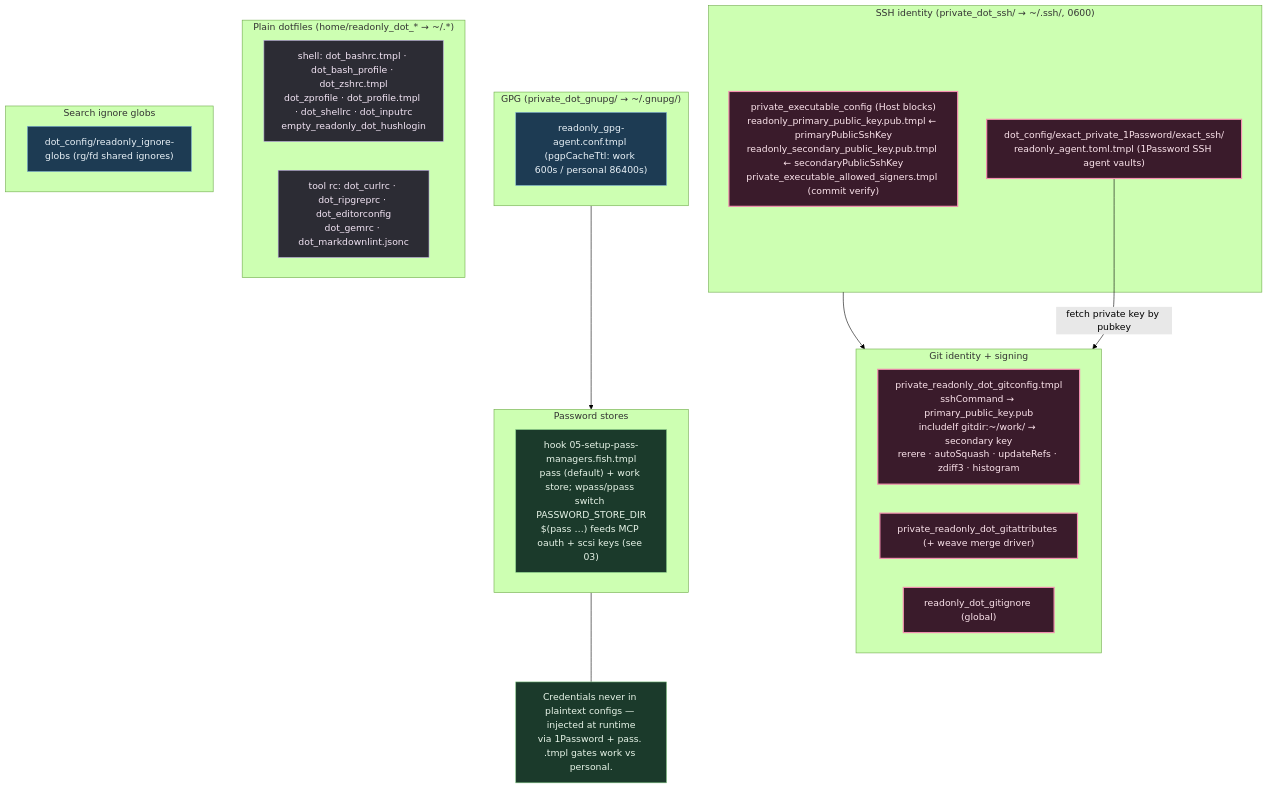
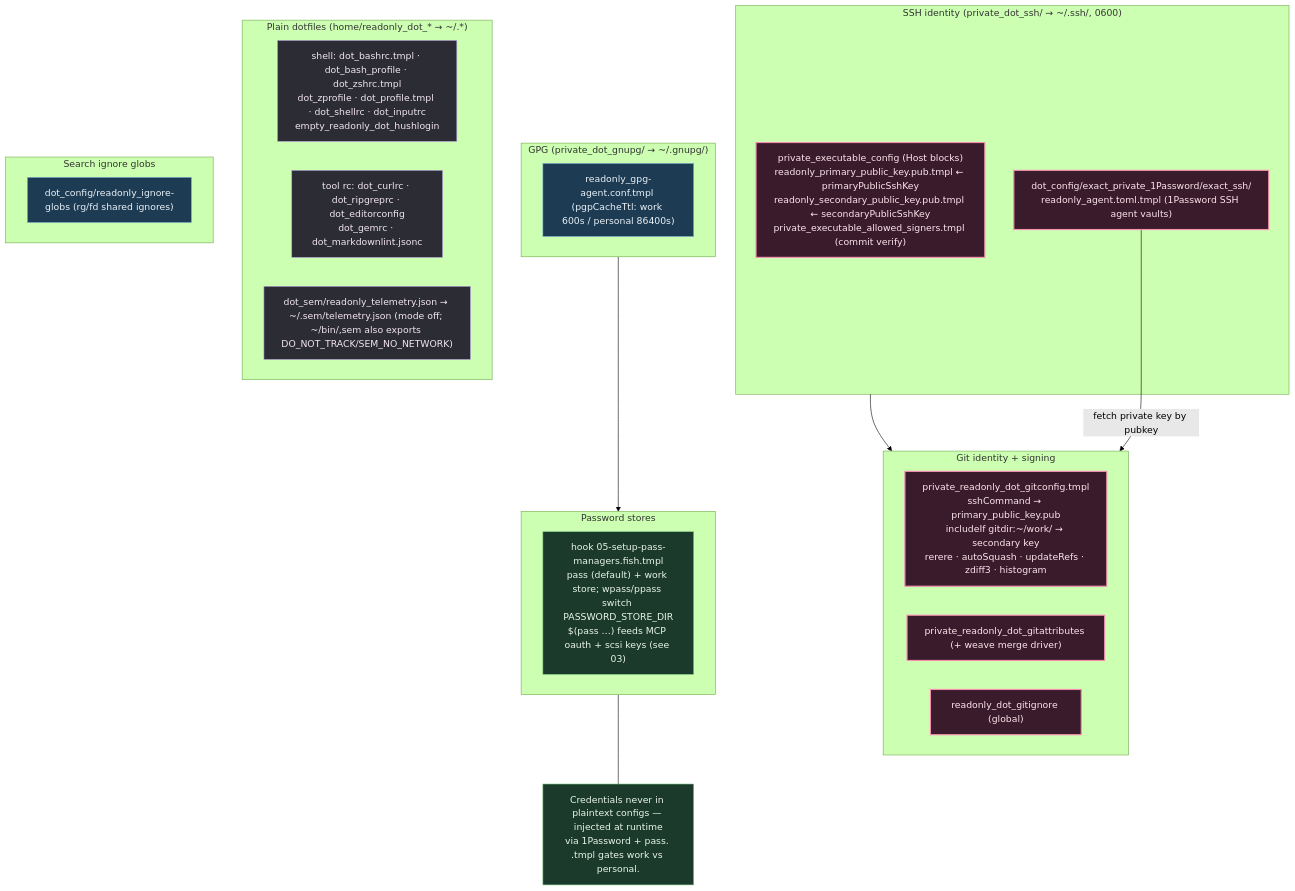
Before and after one commit to kapral18/dotfiles: the diagram in .mermaids/08-security-and-dotfiles.mmd, drawn with Mermaid (forest theme). The commit also changed 84 other files, not shown here.

```diff
--- a/.mermaids/08-security-and-dotfiles.mmd
+++ b/.mermaids/08-security-and-dotfiles.mmd
@@ -1,44 +1,45 @@
 %% ============================================================================
 %% 08-security-and-dotfiles.mmd — Identity, secrets, signing, and the plain
 %% dotfiles (rc files) deployed to $HOME. private_ = 0600; .pub keys are
 %% templated from init prompts. No private keys ever on disk (1Password agent).
 %% ============================================================================
 flowchart TB
     classDef id fill:#3a1b2b,stroke:#f48fb1,color:#fce4ec,stroke-width:2px;
     classDef sec fill:#1d3b53,stroke:#7fb3d5,color:#eaf2f8;
     classDef rc fill:#2c2c34,stroke:#b39ddb,color:#f3e5f5;
     classDef pass fill:#1b3a2b,stroke:#81c784,color:#e8f5e9;
 
     subgraph SSH["SSH identity (private_dot_ssh/ → ~/.ssh/, 0600)"]
         CFG["private_executable_config (Host blocks)<br/>readonly_primary_public_key.pub.tmpl ← primaryPublicSshKey<br/>readonly_secondary_public_key.pub.tmpl ← secondaryPublicSshKey<br/>private_executable_allowed_signers.tmpl (commit verify)"]:::id
         OPAGENT["dot_config/exact_private_1Password/exact_ssh/<br/>readonly_agent.toml.tmpl (1Password SSH agent vaults)"]:::id
     end
 
     subgraph GIT["Git identity + signing"]
         GC["private_readonly_dot_gitconfig.tmpl<br/>sshCommand → primary_public_key.pub<br/>includeIf gitdir:~/work/ → secondary key<br/>rerere · autoSquash · updateRefs · zdiff3 · histogram"]:::id
         GA["private_readonly_dot_gitattributes (+ weave merge driver)"]:::id
         GI["readonly_dot_gitignore (global)"]:::id
     end
     SSH --> GIT
     OPAGENT -->|fetch private key by pubkey| GIT
 
     subgraph GPG["GPG (private_dot_gnupg/ → ~/.gnupg/)"]
         GAG["readonly_gpg-agent.conf.tmpl (pgpCacheTtl: work 600s / personal 86400s)"]:::sec
     end
 
     subgraph PASS["Password stores"]
         PM["hook 05-setup-pass-managers.fish.tmpl<br/>pass (default) + work store; wpass/ppass switch PASSWORD_STORE_DIR<br/>$(pass …) feeds MCP oauth + scsi keys (see 03)"]:::pass
     end
     GPG --> PASS
 
     subgraph RCFILES["Plain dotfiles (home/readonly_dot_* → ~/.*)"]
         SH["shell: dot_bashrc.tmpl · dot_bash_profile · dot_zshrc.tmpl<br/>dot_zprofile · dot_profile.tmpl · dot_shellrc · dot_inputrc<br/>empty_readonly_dot_hushlogin"]:::rc
         TOOLRC["tool rc: dot_curlrc · dot_ripgreprc · dot_editorconfig<br/>dot_gemrc · dot_markdownlint.jsonc"]:::rc
+        SEMRC["dot_sem/readonly_telemetry.json → ~/.sem/telemetry.json (mode off; ~/bin/,sem also exports DO_NOT_TRACK/SEM_NO_NETWORK)"]:::rc
     end
 
     subgraph IGNGLOB["Search ignore globs"]
         IG["dot_config/readonly_ignore-globs (rg/fd shared ignores)"]:::sec
     end
 
     NOTE["Credentials never in plaintext configs — injected at runtime<br/>via 1Password + pass. .tmpl gates work vs personal."]:::pass
     PASS --- NOTE
```
